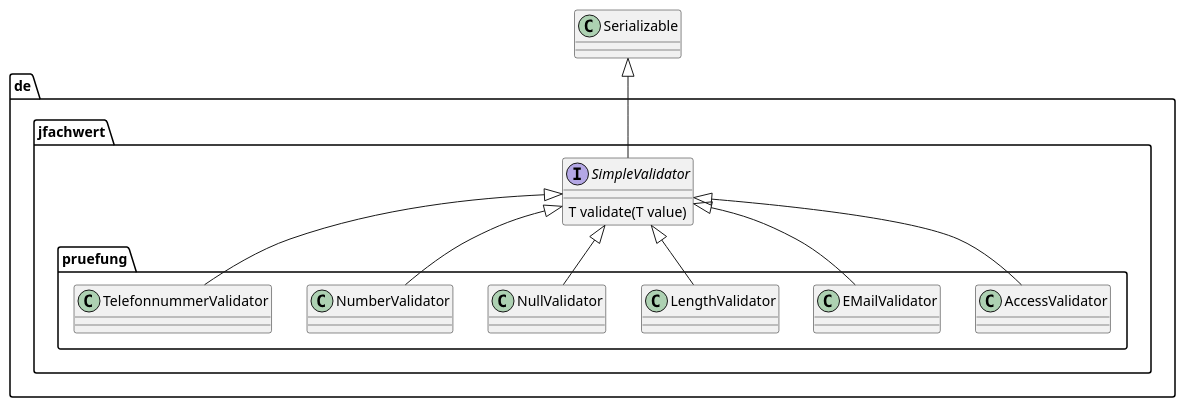
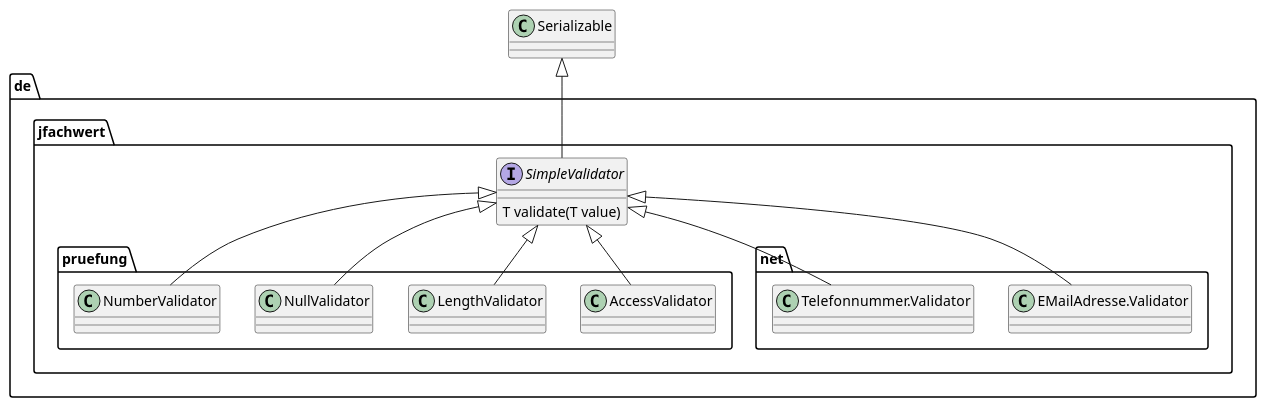
The diagram in src/main/asciidoc/images/validatoren.puml (oboehm/jfachwert), drawn with PlantUML before and after one commit. The commit also changed 1 other file, not shown here.

```diff
--- a/src/main/asciidoc/images/validatoren.puml
+++ b/src/main/asciidoc/images/validatoren.puml
@@ -1,30 +1,34 @@
 @startuml
 
 package de.jfachwert {
 
     interface SimpleValidator {
         T validate(T value)
     }
 
 }
 
 package de.jfachwert.pruefung {
 
     class AccessValidator
-    class EMailValidator
     class LengthValidator
     class NullValidator
     class NumberValidator
-    class TelefonnummerValidator
 
+}
+
+package de.jfachwert.net {
+    set namespaceSeparator none
+    class EMailAdresse.Validator
+    class Telefonnummer.Validator
 }
 
 SimpleValidator -up-|> Serializable
 SimpleValidator <|-- AccessValidator
-SimpleValidator <|-- EMailValidator
 SimpleValidator <|-- LengthValidator
 SimpleValidator <|-- NullValidator
 SimpleValidator <|-- NumberValidator
-SimpleValidator <|-- TelefonnummerValidator
+SimpleValidator <|-- EMailAdresse.Validator
+SimpleValidator <|-- Telefonnummer.Validator
 
 @enduml
```
